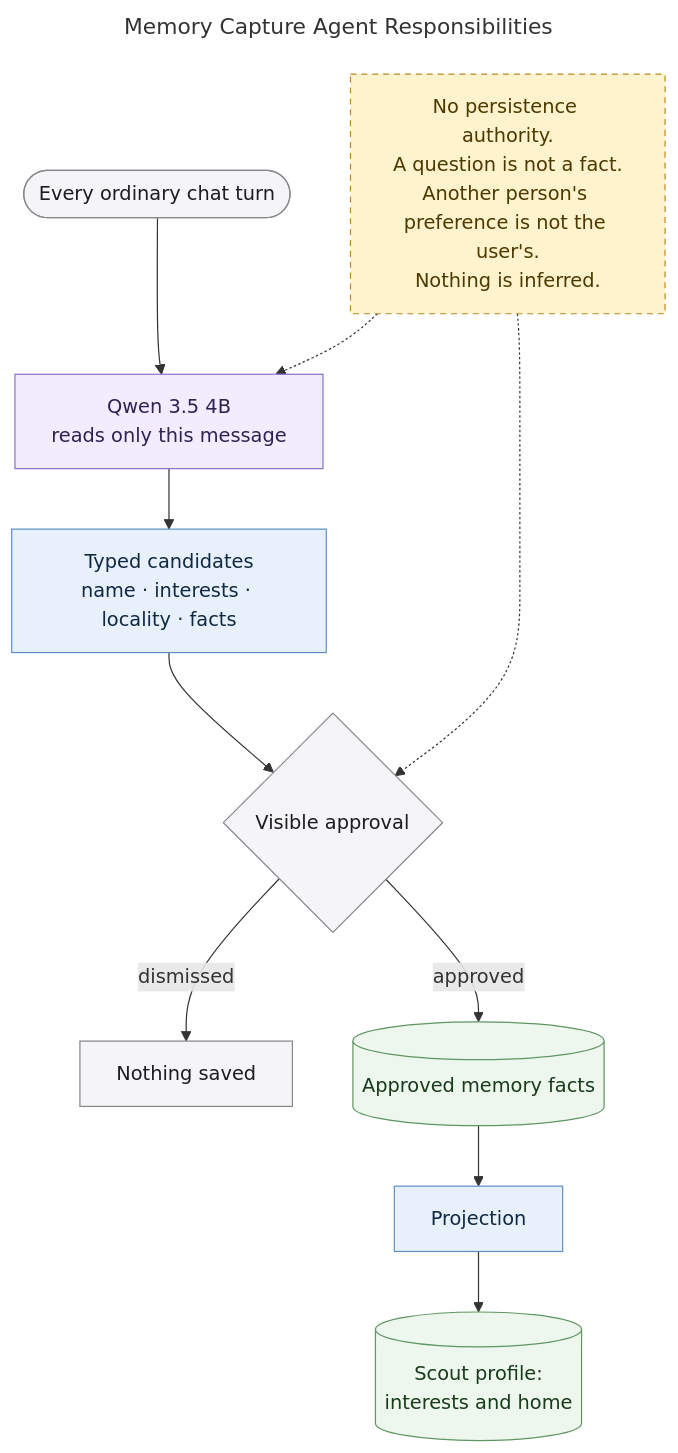
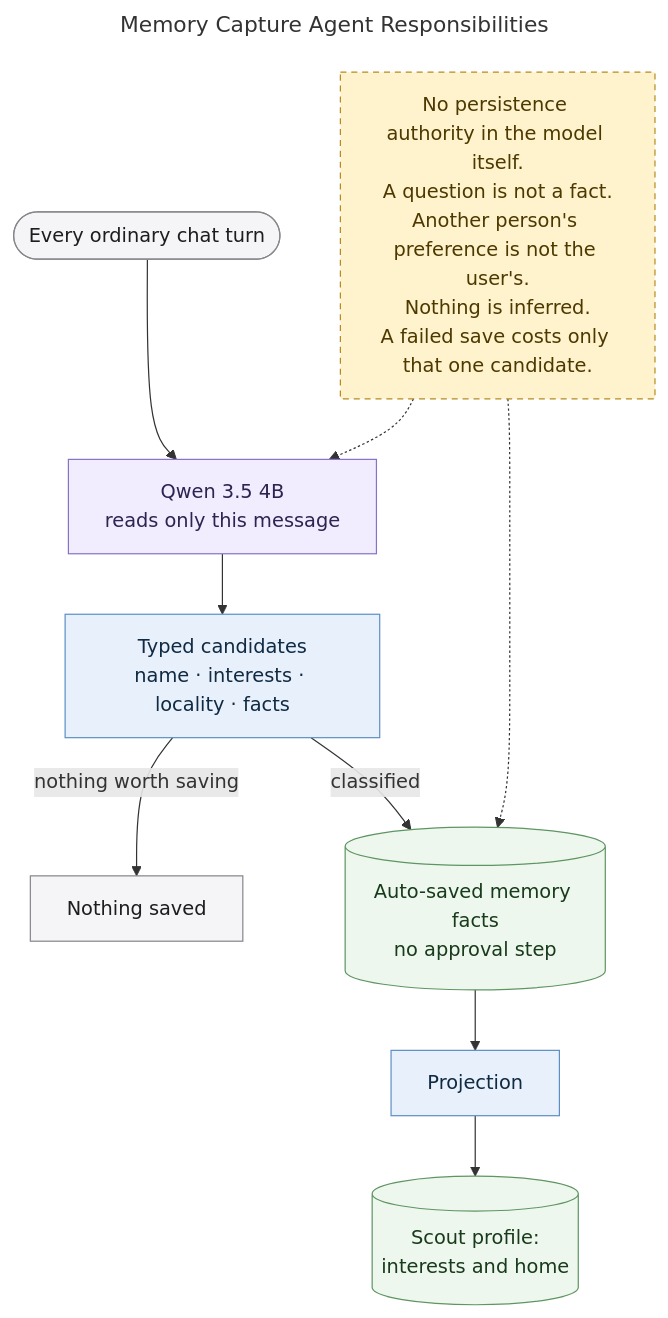
Before and after one commit to MallyaAni/PersonalAssistant: the diagram in docs/diagrams/agent-memory.mmd, drawn with Mermaid. The commit also changed 39 other files, not shown here.

```diff
--- a/docs/diagrams/agent-memory.mmd
+++ b/docs/diagrams/agent-memory.mmd
@@ -1,26 +1,25 @@
 ---
 title: Memory Capture Agent Responsibilities
 ---
 flowchart TB
     Turn([Every ordinary chat turn]) --> Model[Qwen 3.5 4B<br/>reads only this message]
     Model --> Typed[Typed candidates<br/>name · interests · locality · facts]
-    Typed --> Card{Visible approval}
-    Card -->|dismissed| NoWrite[Nothing saved]
-    Card -->|approved| Facts[(Approved memory facts)]
+    Typed -->|nothing worth saving| NoWrite[Nothing saved]
+    Typed -->|classified| Facts[(Auto-saved memory facts<br/>no approval step)]
     Facts --> Project[Projection]
     Project --> Profile[(Scout profile:<br/>interests and home)]
 
-    Rule[No persistence authority.<br/>A question is not a fact.<br/>Another person's preference is not the user's.<br/>Nothing is inferred.]
+    Rule[No persistence authority in the model itself.<br/>A question is not a fact.<br/>Another person's preference is not the user's.<br/>Nothing is inferred.<br/>A failed save costs only that one candidate.]
     Rule -.-> Model
-    Rule -.-> Card
+    Rule -.-> Facts
 
     classDef interface fill:#f5f5f7,stroke:#86868b,color:#1d1d1f;
     classDef application fill:#e8f1fb,stroke:#5e8fc4,color:#102a43;
     classDef data fill:#eef7ee,stroke:#5f9562,color:#183b1b;
     classDef model fill:#f1edff,stroke:#8872c6,color:#2e2450;
     classDef warning fill:#fff3cd,stroke:#b78b20,color:#4d3900,stroke-dasharray:5 4;
-    class Turn,Card,NoWrite interface;
+    class Turn,NoWrite interface;
     class Typed,Project application;
     class Facts,Profile data;
     class Model model;
     class Rule warning;
```
